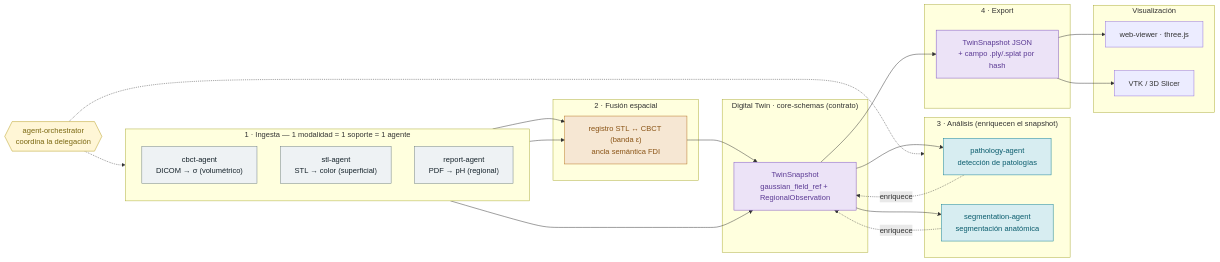
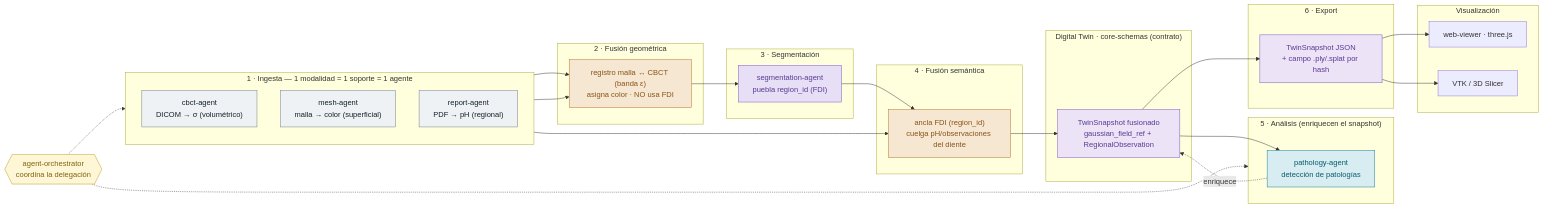
The first of 3 diagrams in docs/architecture/multi-agent-pipeline.md (ANFAIA/Agentic-Smart-Health), drawn with Mermaid before and after one commit. The commit also changed other lines of this file, not shown here.

Commit message:
docs(pipeline): fusion order provisional, ADR 003 explores (not closes) D4-D5, STL->malla

````diff
--- a/docs/architecture/multi-agent-pipeline.md
+++ b/docs/architecture/multi-agent-pipeline.md
@@ -97,53 +106,60 @@
 ```mermaid
 flowchart LR
   subgraph ING["1 · Ingesta — 1 modalidad = 1 soporte = 1 agente"]
     direction TB
     A1["cbct-agent<br/>DICOM → σ (volumétrico)"]
-    A2["stl-agent<br/>STL → color (superficial)"]
+    A2["mesh-agent<br/>malla → color (superficial)"]
     A3["report-agent<br/>PDF → pH (regional)"]
   end
-  subgraph FUS["2 · Fusión espacial"]
-    RG["registro STL ↔ CBCT (banda ε)<br/>ancla semántica FDI"]
+  subgraph FG["2 · Fusión geométrica"]
+    RG["registro malla ↔ CBCT (banda ε)<br/>asigna color · NO usa FDI"]
+  end
+  subgraph SEG["3 · Segmentación"]
+    SG["segmentation-agent<br/>puebla region_id (FDI)"]
+  end
+  subgraph FS["4 · Fusión semántica"]
+    RS["ancla FDI (region_id)<br/>cuelga pH/observaciones del diente"]
   end
   subgraph TW["Digital Twin · core-schemas (contrato)"]
-    SN["TwinSnapshot<br/>gaussian_field_ref + RegionalObservation"]
+    SN["TwinSnapshot fusionado<br/>gaussian_field_ref + RegionalObservation"]
   end
-  subgraph AN["3 · Análisis (enriquecen el snapshot)"]
+  subgraph AN["5 · Análisis (enriquecen el snapshot)"]
     P1["pathology-agent<br/>detección de patologías"]
-    P2["segmentation-agent<br/>segmentación anatómica"]
   end
-  subgraph EX["4 · Export"]
+  subgraph EX["6 · Export"]
     E1["TwinSnapshot JSON<br/>+ campo .ply/.splat por hash"]
   end
   subgraph VIS["Visualización"]
     V1["web-viewer · three.js"]
     V2["VTK / 3D Slicer"]
   end
 
   A1 --> RG
   A2 --> RG
-  RG --> SN
-  A3 --> SN
+  RG --> SG
+  SG --> RS
+  A3 --> RS
+  RS --> SN
   SN --> P1
-  SN --> P2
   P1 -.->|"enriquece"| SN
-  P2 -.->|"enriquece"| SN
   SN --> E1
   E1 --> V1
   E1 --> V2
 
   ORCH{{"agent-orchestrator<br/>coordina la delegación"}}
   ORCH -.-> ING
   ORCH -.-> AN
 
   classDef ing fill:#eef2f4,stroke:#6b7b83,color:#16232b;
   classDef fus fill:#f6e7d3,stroke:#b5701d,color:#8a5416;
+  classDef seg fill:#e6dff5,stroke:#7b4fc0,color:#5b3a94;
   classDef twin fill:#ece3f7,stroke:#7b4fc0,color:#5b3a94;
   classDef an fill:#d7edf1,stroke:#0d7d94,color:#0a5c6d;
   classDef orch fill:#fff6d6,stroke:#b59b1d,color:#7a6710;
   class A1,A2,A3 ing;
-  class RG fus;
+  class RG,RS fus;
+  class SG seg;
   class SN,E1 twin;
-  class P1,P2 an;
+  class P1 an;
   class ORCH orch;
 ```
````
